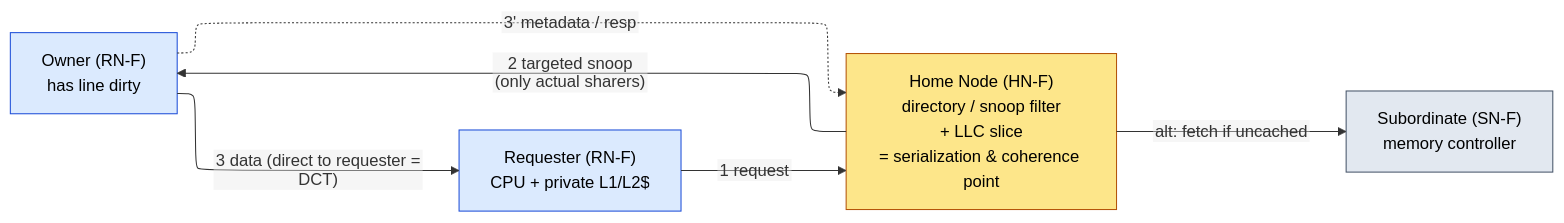
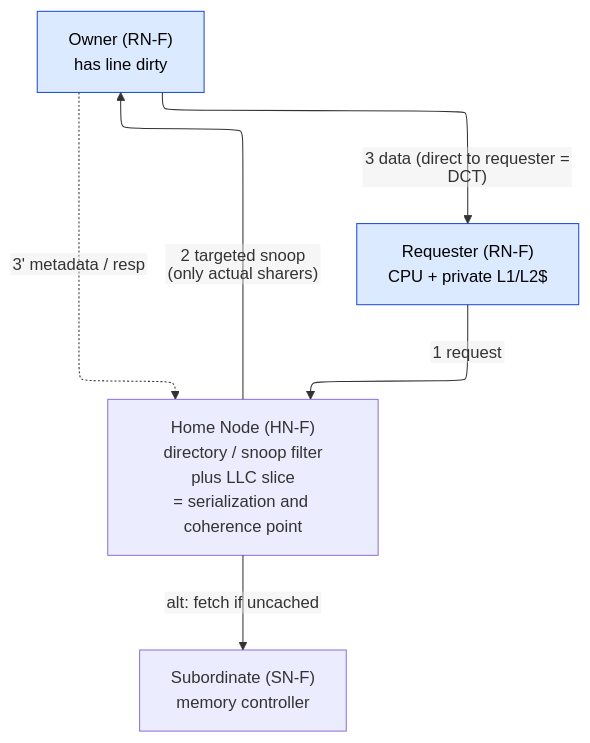
The third of 20 diagrams in 01_Architecture_and_PPA/01_CPU_Architecture/06_Coherence_and_Consistency/03_ACE_and_CHI.md (Wty2003328/silicon-design-notebook), drawn with Mermaid before and after one commit. The commit also changed other lines of this file and 125 other files, not shown here.

First line of the commit message:
Complete the AMBA family, refresh the learning path, and make every figure and formula actually render

````diff
--- a/01_Architecture_and_PPA/01_CPU_Architecture/06_Coherence_and_Consistency/03_ACE_and_CHI.md
+++ b/01_Architecture_and_PPA/01_CPU_Architecture/06_Coherence_and_Consistency/03_ACE_and_CHI.md
@@ -217,16 +214,14 @@
 ```mermaid
 %%{init: {"flowchart": {"defaultRenderer": "elk", "nodeSpacing": 55, "rankSpacing": 50, "htmlLabels": false}}}%%
-flowchart LR
+flowchart TD
     RN0["Requester (RN-F)<br/>CPU + private L1/L2$"]:::rn
-    HN["Home Node (HN-F)<br/>directory / snoop filter<br/>+ LLC slice<br/>= serialization & coherence point"]:::hn
+    HN["Home Node (HN-F)<br/>directory / snoop filter<br/>plus LLC slice<br/>= serialization and coherence point"]
     RN1["Owner (RN-F)<br/>has line dirty"]:::rn
-    SN["Subordinate (SN-F)<br/>memory controller"]:::sn
+    SN["Subordinate (SN-F)<br/>memory controller"]
     RN0 -->|"1 request"| HN
     HN -->|"2 targeted snoop<br/>(only actual sharers)"| RN1
     RN1 -->|"3 data (direct to requester = DCT)"| RN0
     RN1 -.->|"3' metadata / resp"| HN
     HN -->|"alt: fetch if uncached"| SN
     classDef rn fill:#dbeafe,stroke:#1d4ed8,color:#000
-    classDef hn fill:#fde68a,stroke:#b45309,color:#000
-    classDef sn fill:#e2e8f0,stroke:#475569,color:#000
 ```
````
